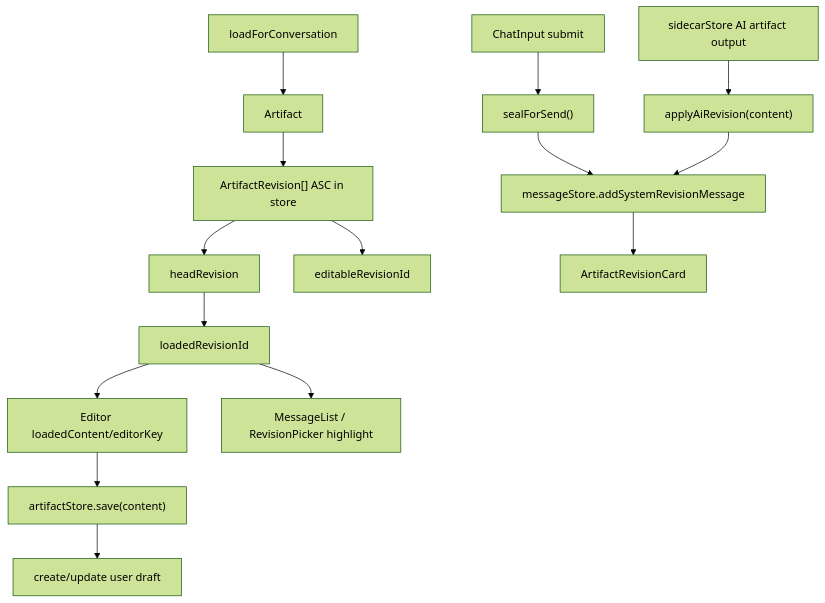
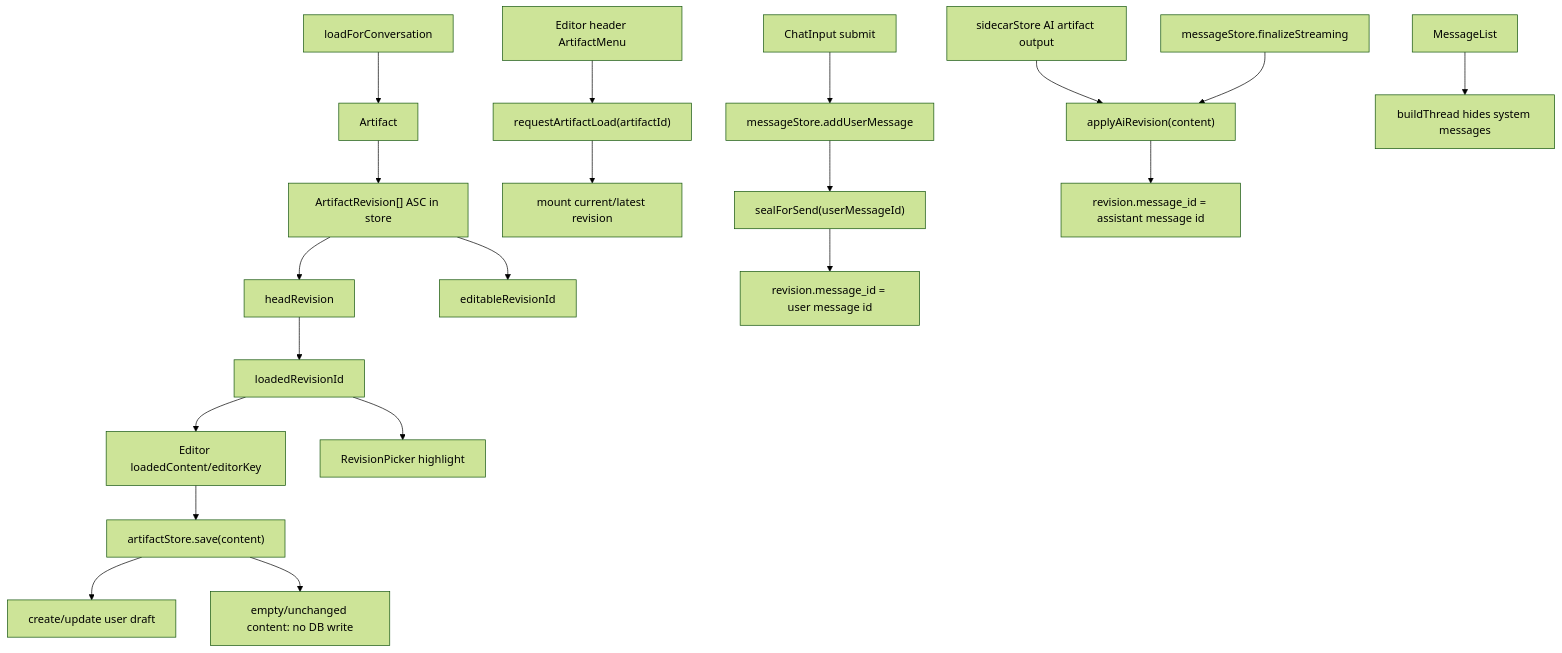
Before and after one commit to jpetroff/ai-cowork-assistant: the diagram in .memory/artifact-revisions.md, drawn with Mermaid (forest theme). The commit also changed other lines of this file and 170 other files, not shown here.

Commit message:
1. removed system messages for artifacts 2. empty or non-changed revisions not being created 3. artifact menu separated for better search and use

````diff
--- a/.memory/artifact-revisions.md
+++ b/.memory/artifact-revisions.md
@@ -5,19 +5,25 @@
 ```mermaid
 flowchart TD
   Load["loadForConversation"] --> Artifact["Artifact"]
   Artifact --> Revisions["ArtifactRevision[] ASC in store"]
   Revisions --> Head["headRevision"]
   Head --> Loaded["loadedRevisionId"]
   Loaded --> Editor["Editor loadedContent/editorKey"]
-  Loaded --> ChatHighlight["MessageList / RevisionPicker highlight"]
+  Loaded --> Picker["RevisionPicker highlight"]
   Revisions --> Editable["editableRevisionId"]
 
   Editor --> Save["artifactStore.save(content)"]
   Save --> Draft["create/update user draft"]
-  ChatSend["ChatInput submit"] --> Seal["sealForSend()"]
-  Seal --> SysMsg["messageStore.addSystemRevisionMessage"]
-  SysMsg --> ChatCard["ArtifactRevisionCard"]
+  Header["Editor header ArtifactMenu"] --> ArtifactLoad["requestArtifactLoad(artifactId)"]
+  ArtifactLoad --> Latest["mount current/latest revision"]
+  ChatSend["ChatInput submit"] --> UserMsg["messageStore.addUserMessage"]
+  UserMsg --> Seal["sealForSend(userMessageId)"]
+  Seal --> Anchor["revision.message_id = user message id"]
 
   Sidecar["sidecarStore AI artifact output"] --> AiRev["applyAiRevision(content)"]
-  AiRev --> SysMsg
+  AssistantMsg["messageStore.finalizeStreaming"] --> AiRev
+  AiRev --> AiAnchor["revision.message_id = assistant message id"]
+
+  Save --> Noop["empty/unchanged content: no DB write"]
+  Messages["MessageList"] --> Thread["buildThread hides system messages"]
 ```
````
